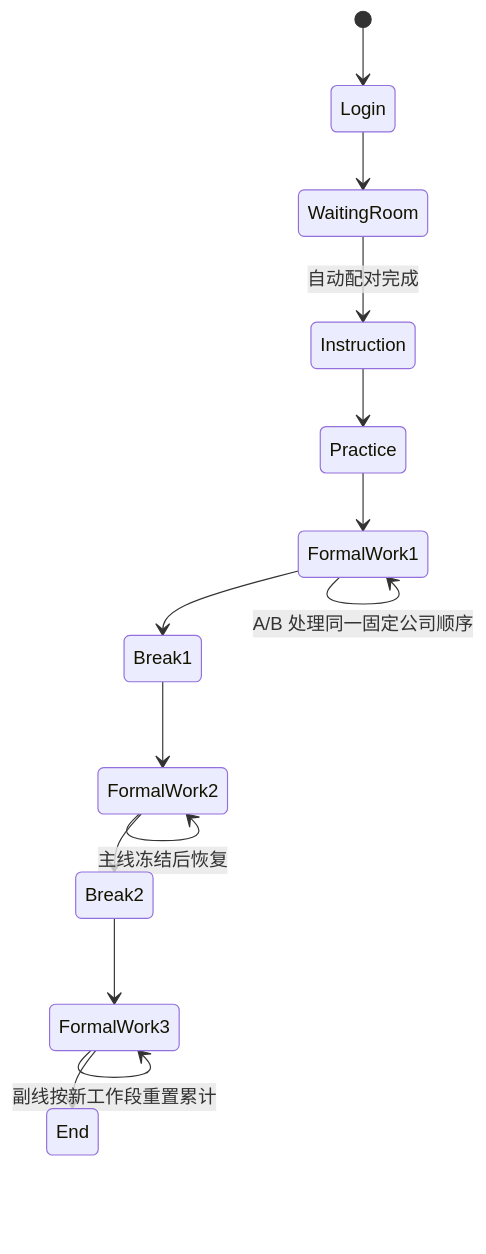
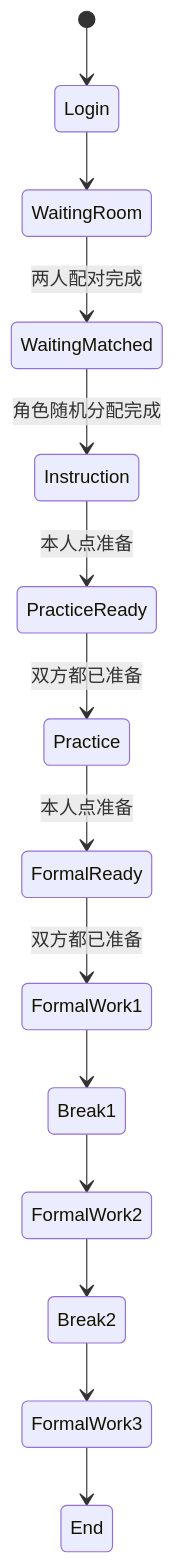
Before and after one commit to yezhouyedu/multicooperation: the fourth of 4 diagrams in 02_specs/00_overview/APP_FLOW.md, drawn with Mermaid. The commit also changed other lines of this file and 33 other files, not shown here.

Commit message:
feat: randomize paired roles and audit experiment flow

````diff
--- a/02_specs/00_overview/APP_FLOW.md
+++ b/02_specs/00_overview/APP_FLOW.md
@@ -212,16 +278,16 @@
 ```mermaid
 stateDiagram-v2
     [*] --> Login
     Login --> WaitingRoom
-    WaitingRoom --> Instruction : 自动配对完成
-    Instruction --> Practice
-    Practice --> FormalWork1
+    WaitingRoom --> WaitingMatched : 两人配对完成
+    WaitingMatched --> Instruction : 角色随机分配完成
+    Instruction --> PracticeReady : 本人点准备
+    PracticeReady --> Practice : 双方都已准备
+    Practice --> FormalReady : 本人点准备
+    FormalReady --> FormalWork1 : 双方都已准备
     FormalWork1 --> Break1
     Break1 --> FormalWork2
     FormalWork2 --> Break2
     Break2 --> FormalWork3
     FormalWork3 --> End
-    FormalWork1 --> FormalWork1 : A/B 处理同一固定公司顺序
-    FormalWork2 --> FormalWork2 : 主线冻结后恢复
-    FormalWork3 --> FormalWork3 : 副线按新工作段重置累计
 ```
````
